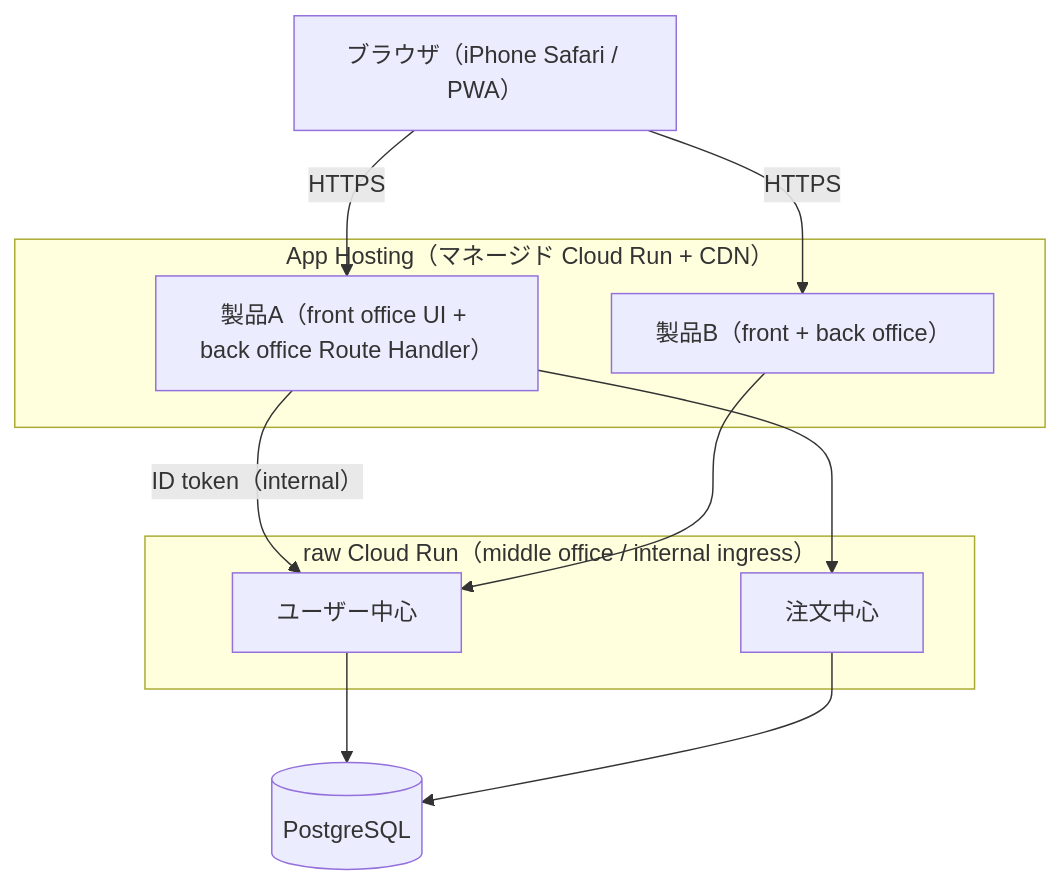
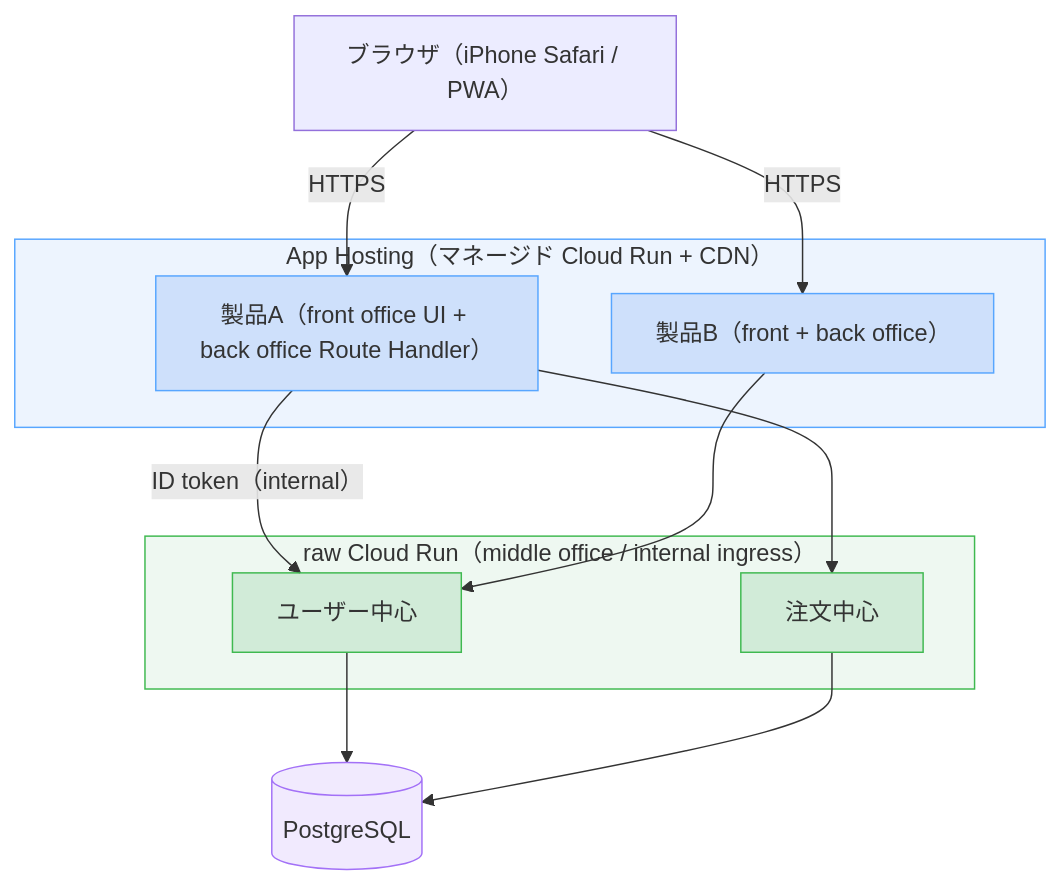
The first of 7 diagrams in README.md (eneisyou/jam-dev), drawn with Mermaid before and after one commit. The commit also changed other lines of this file, not shown here.

Commit message:
docs: style mermaid subgraphs for dark-mode rendering on GitHub
- §1.4/§4/§4.1 の subgraph・主要ノードに半透明塗り+色付き枠を追加し、ダークテーマでベージュ背景が浮く問題を解消
- テーマは非強制(ライト/ダーク両対応)、文字色は GitHub の自動配色に委譲

````diff
--- a/README.md
+++ b/README.md
@@ -73,20 +73,29 @@
 ```mermaid
 flowchart TB
     Browser["ブラウザ（iPhone Safari / PWA）"]
     subgraph AppHosting["App Hosting（マネージド Cloud Run + CDN）"]
       P1["製品A（front office UI + back office Route Handler）"]
       P2["製品B（front + back office）"]
     end
     subgraph CloudRun["raw Cloud Run（middle office / internal ingress）"]
       S1["ユーザー中心"]
       S2["注文中心"]
     end
     DB[(PostgreSQL)]
     Browser -->|HTTPS| P1
     Browser -->|HTTPS| P2
     P1 -->|"ID token（internal）"| S1
     P1 --> S2
     P2 --> S1
     S1 --> DB
     S2 --> DB
+
+    classDef product fill:#1f6feb26,stroke:#58a6ff,stroke-width:1px;
+    classDef service fill:#2da44e26,stroke:#3fb950,stroke-width:1px;
+    classDef store fill:#a371f726,stroke:#a371f7,stroke-width:1px;
+    class P1,P2 product;
+    class S1,S2 service;
+    class DB store;
+    style AppHosting fill:#1f6feb14,stroke:#58a6ff,stroke-width:1px;
+    style CloudRun fill:#2da44e14,stroke:#3fb950,stroke-width:1px;
 ```
````
